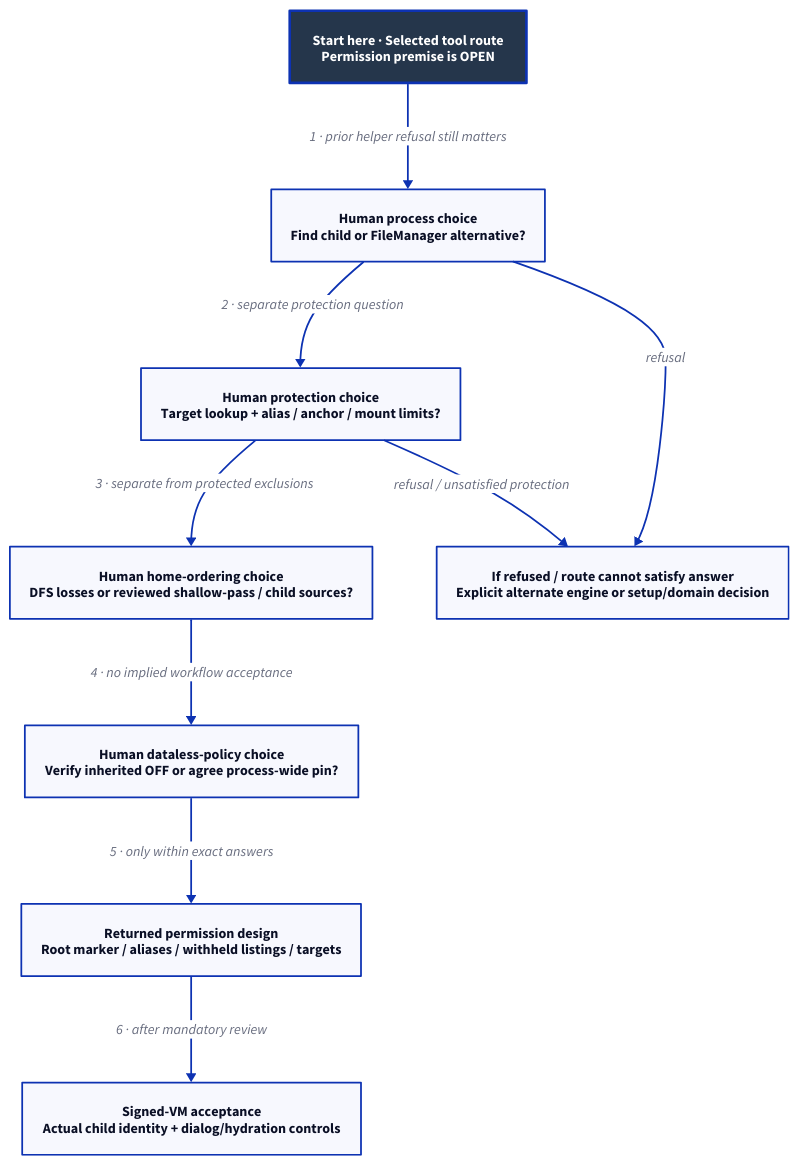
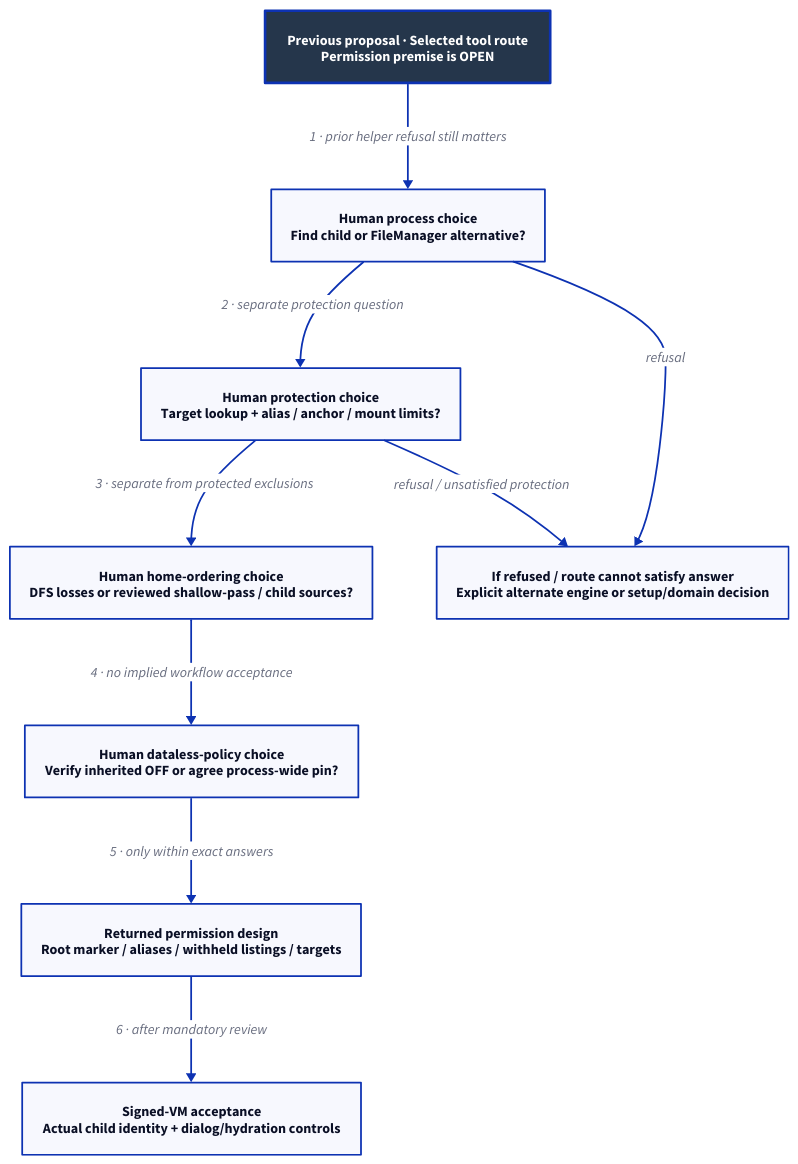
The diagram in docs/design/architecture/search-preopen.d2 (Linkuistics/Koine), drawn with D2 before and after one commit. The commit also changed 138 other files, not shown here.

First line of the commit message:
Move raw search to clients and define v1 native discovery (search-tool-permissions-k196)

```diff
--- a/docs/design/architecture/search-preopen.d2
+++ b/docs/design/architecture/search-preopen.d2
@@ -1,21 +1,21 @@
-# Selected mechanism, subject to human choices/review/native acceptance.
+# Previous raw-search proposal only; not the current v1 API or backend.
 direction: down
 classes: {
   start: {style: {fill: "#25364B"; font-color: "#FFFFFF"; bold: true; stroke-width: 3}}
 }
-Start: "Start here · Selected tool route\nPermission premise is OPEN" {class: start}
+Start: "Previous proposal · Selected tool route\nPermission premise is OPEN" {class: start}
 Process: "Human process choice\nFind child or FileManager alternative?"
 Target: "Human protection choice\nTarget lookup + alias / anchor / mount limits?"
 Order: "Human home-ordering choice\nDFS losses or reviewed shallow-pass / child sources?"
 Dataless: "Human dataless-policy choice\nVerify inherited OFF or agree process-wide pin?"
 Return: "Returned permission design\nRoot marker / aliases / withheld listings / targets"
 Observe: "Signed-VM acceptance\nActual child identity + dialog/hydration controls"
 Revise: "If refused / route cannot satisfy answer\nExplicit alternate engine or setup/domain decision"
 Start -> Process: "1 · prior helper refusal still matters"
 Process -> Target: "2 · separate protection question"
 Target -> Order: "3 · separate from protected exclusions"
 Order -> Dataless: "4 · no implied workflow acceptance"
 Dataless -> Return: "5 · only within exact answers"
 Process -> Revise: "refusal"
 Target -> Revise: "refusal / unsatisfied protection"
 Return -> Observe: "6 · after mandatory review"
```
